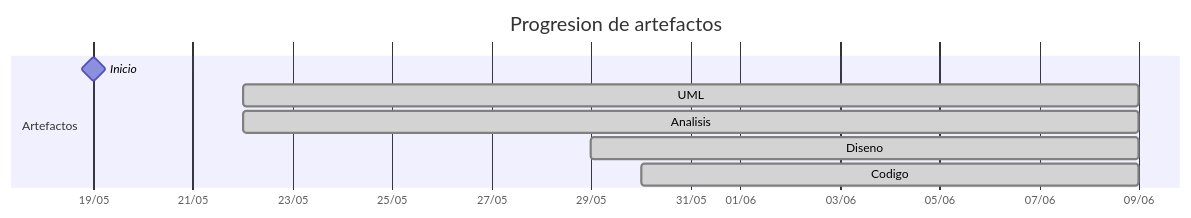
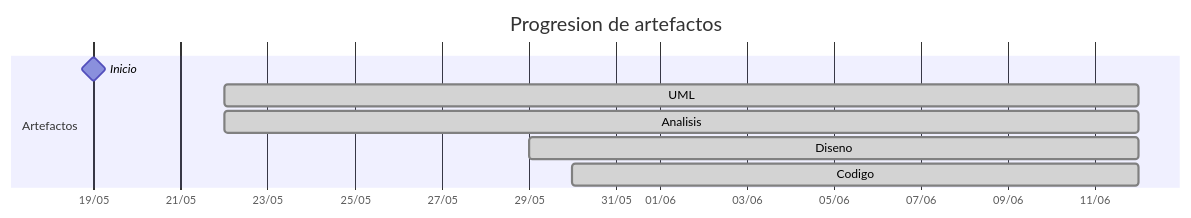
The diagram in TIMELINES/31Diego.md (mmasias/25-26-idsw2-sdVC), drawn with Mermaid before and after one commit. The commit also changed other lines of this file and 9 other files, not shown here.

````diff
--- a/TIMELINES/31Diego.md
+++ b/TIMELINES/31Diego.md
@@ -19,12 +19,12 @@
 ```mermaid
 gantt
     title Progresion de artefactos
     dateFormat YYYY-MM-DD
     axisFormat %d/%m
     section Artefactos
         Inicio       :milestone, 2026-05-19, 0d
-        UML          :done, 2026-05-22, 2026-06-09
-        Analisis     :done, 2026-05-22, 2026-06-09
-        Diseno       :done, 2026-05-29, 2026-06-09
-        Codigo       :done, 2026-05-30, 2026-06-09
+        UML          :done, 2026-05-22, 2026-06-12
+        Analisis     :done, 2026-05-22, 2026-06-12
+        Diseno       :done, 2026-05-29, 2026-06-12
+        Codigo       :done, 2026-05-30, 2026-06-12
 ```
````
